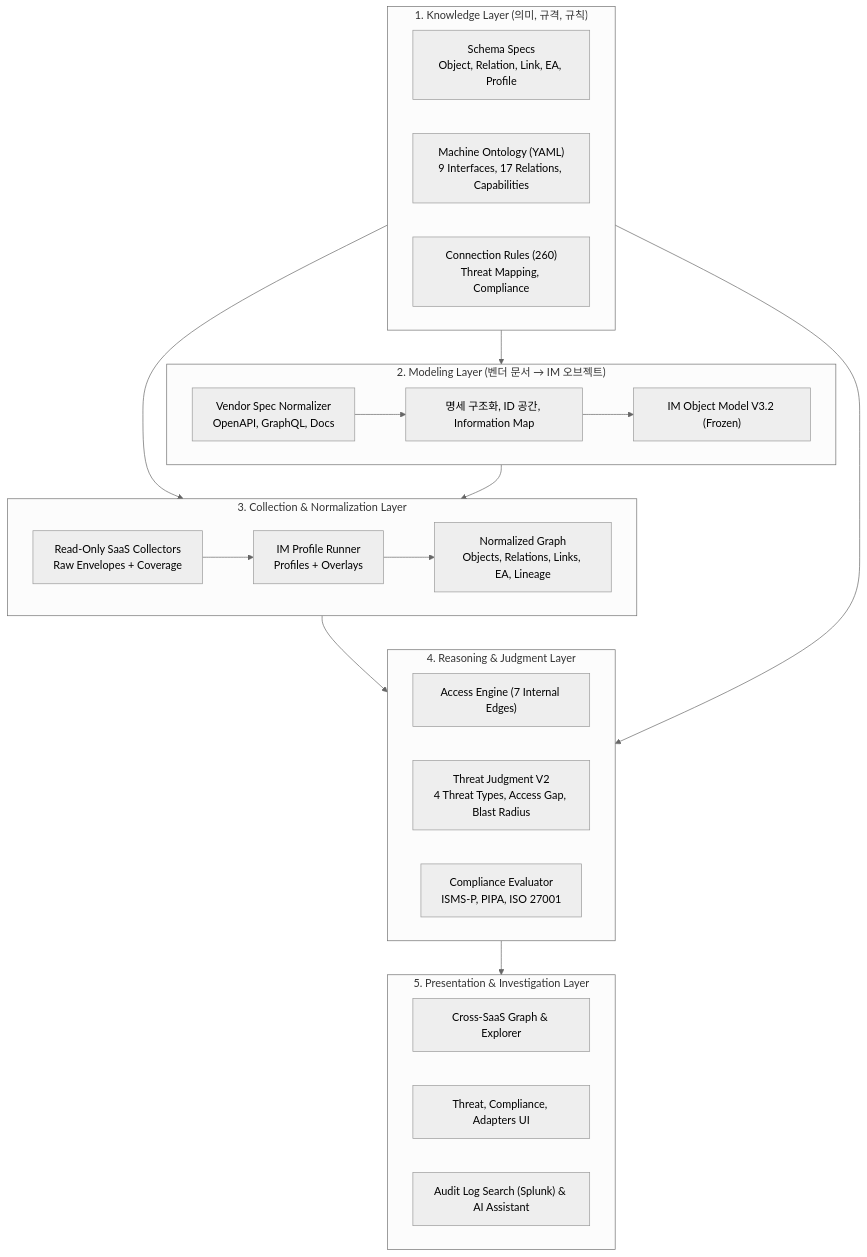
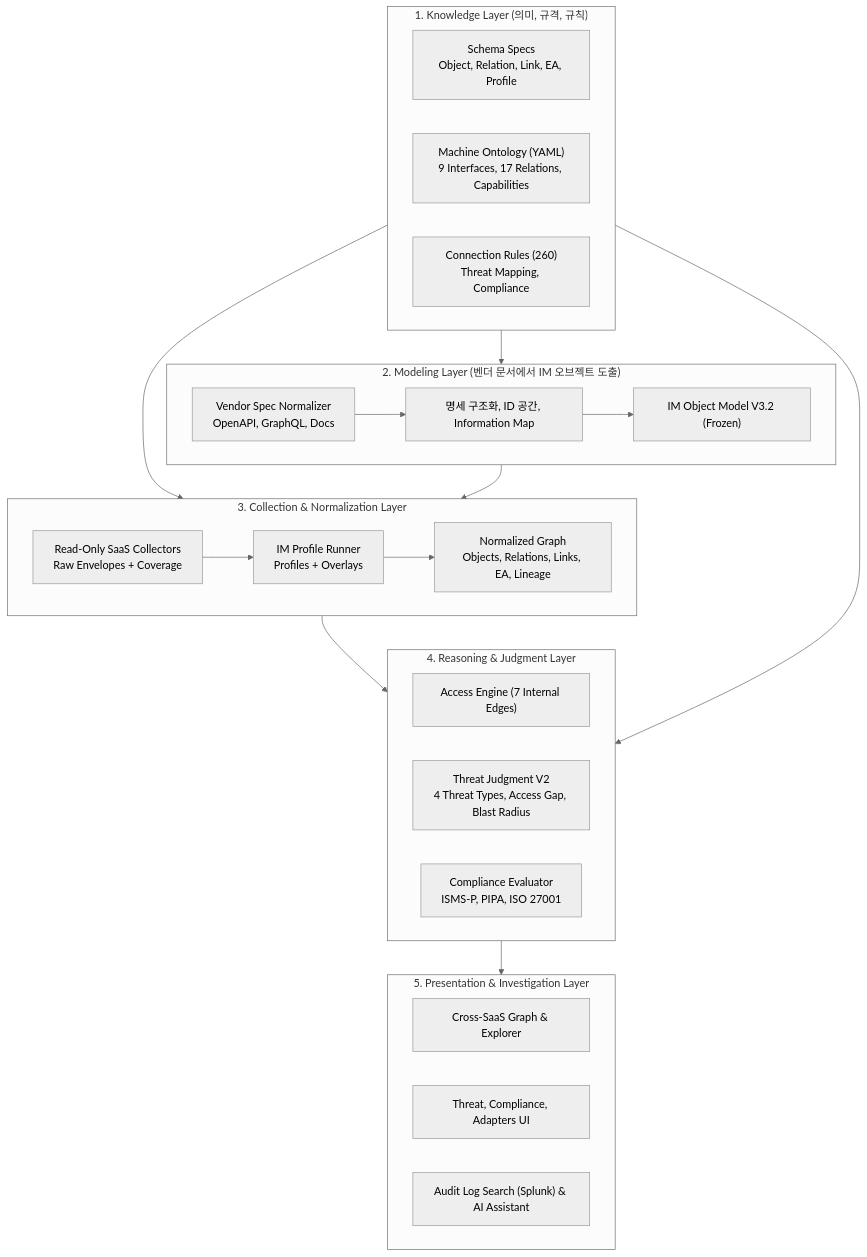
Before and after one commit to AEGI-Inc/aegi-framework: the diagram in docs/01-overview/architecture.md, drawn with Mermaid (neutral theme). The commit also changed 6 other files, not shown here.

````diff
--- a/docs/01-overview/architecture.md
+++ b/docs/01-overview/architecture.md
@@ -7,41 +7,41 @@
 ```mermaid
 flowchart TB
   subgraph L1["1. Knowledge Layer (의미, 규격, 규칙)"]
     K1["Schema Specs<br/>Object, Relation, Link, EA, Profile"]
     K2["Machine Ontology (YAML)<br/>9 Interfaces, 17 Relations, Capabilities"]
     K3["Connection Rules (260)<br/>Threat Mapping, Compliance"]
   end
 
-  subgraph L2["2. Modeling Layer (벤더 문서 → IM 오브젝트)"]
+  subgraph L2["2. Modeling Layer (벤더 문서에서 IM 오브젝트 도출)"]
     M1["Vendor Spec Normalizer<br/>OpenAPI, GraphQL, Docs"]
     M2["명세 구조화, ID 공간, Information Map"]
     M3["IM Object Model V3.2 (Frozen)"]
     M1 --> M2 --> M3
   end
 
   subgraph L3["3. Collection & Normalization Layer"]
     C1["Read-Only SaaS Collectors<br/>Raw Envelopes + Coverage"]
     C2["IM Profile Runner<br/>Profiles + Overlays"]
     C3["Normalized Graph<br/>Objects, Relations, Links, EA, Lineage"]
     C1 --> C2 --> C3
   end
 
   subgraph L4["4. Reasoning & Judgment Layer"]
     R1["Access Engine (7 Internal Edges)"]
     R2["Threat Judgment V2<br/>4 Threat Types, Access Gap, Blast Radius"]
     R3["Compliance Evaluator<br/>ISMS-P, PIPA, ISO 27001"]
   end
 
   subgraph L5["5. Presentation & Investigation Layer"]
     P1["Cross-SaaS Graph & Explorer"]
     P2["Threat, Compliance, Adapters UI"]
     P3["Audit Log Search (Splunk) & AI Assistant"]
   end
 
   L1 --> L2
   L1 --> L3
   L2 --> L3
   L3 --> L4
   L1 --> L4
   L4 --> L5
 ```
````
